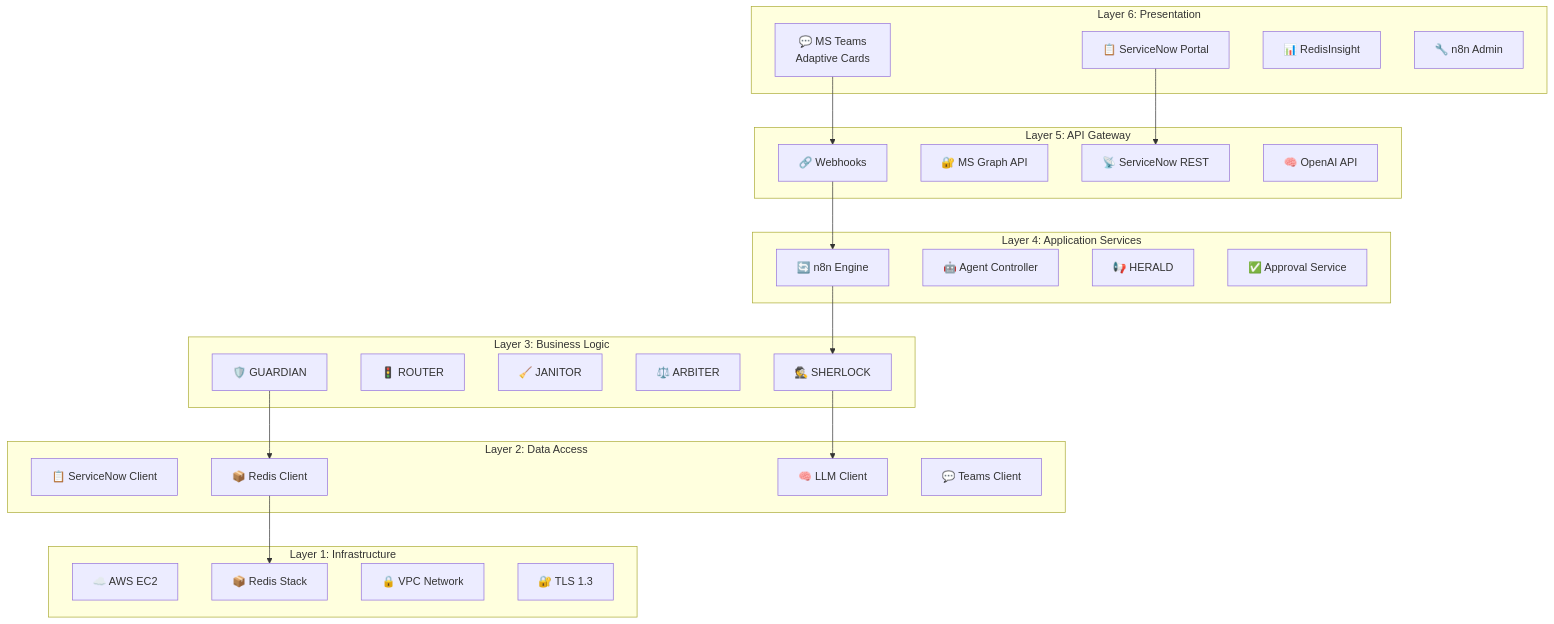
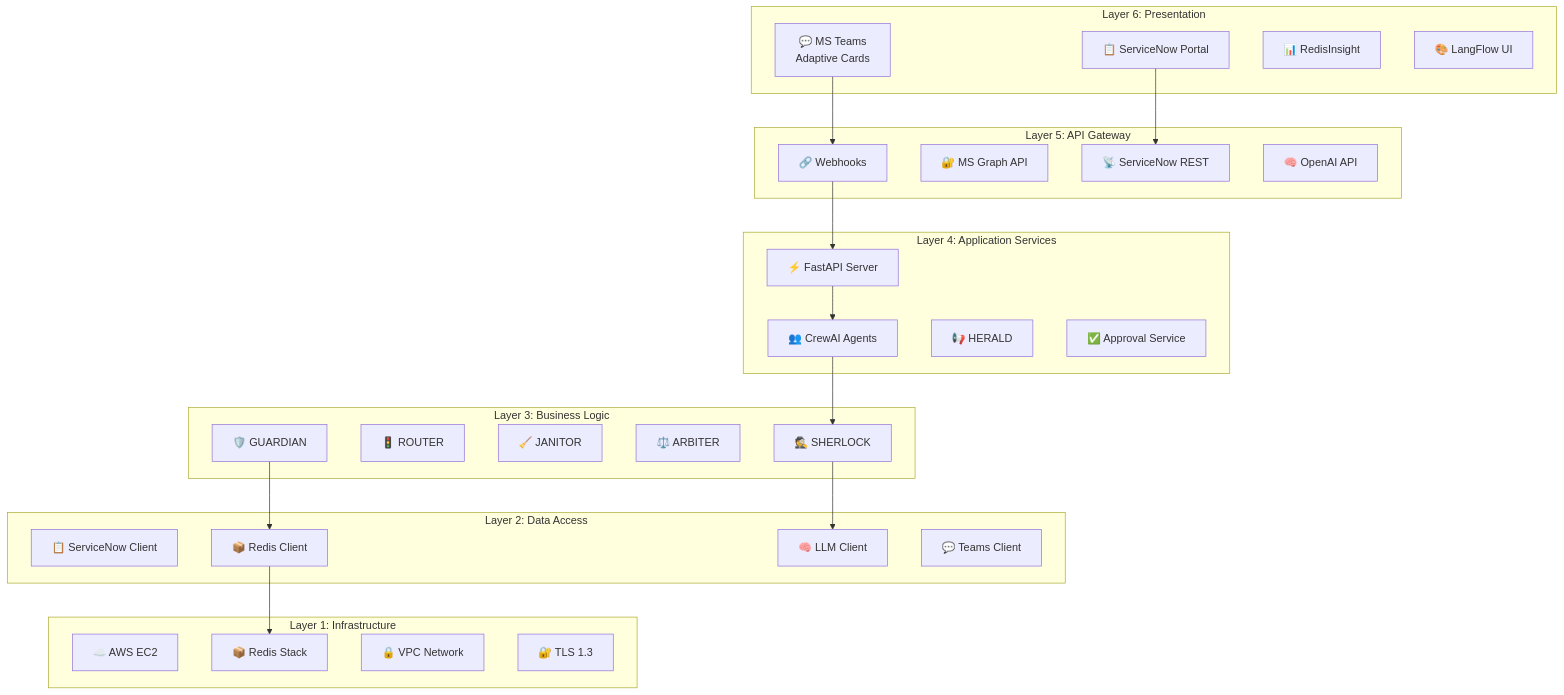
One commit to maniltns/AEGIS changed the second of 5 diagrams in docs/architecture.md. Above: the diagram before and after it, drawn with Mermaid. The commit also changed other lines of this file and 14 other files, not shown here.

Commit message:
docs: Add comprehensive documentation for AEGIS architecture, demo, setup, and executive insights, and update contributing guidelines for the Python/CrewAI agent stack.

````diff
--- a/docs/architecture.md
+++ b/docs/architecture.md
@@ -37,53 +40,54 @@
 ```mermaid
 graph TB
     subgraph "Layer 6: Presentation"
         UI_TEAMS["💬 MS Teams<br/>Adaptive Cards"]
         UI_SNOW["📋 ServiceNow Portal"]
         UI_INSIGHT["📊 RedisInsight"]
-        UI_N8N["🔧 n8n Admin"]
+        UI_LF["🎨 LangFlow UI"]
     end
 
     subgraph "Layer 5: API Gateway"
         API_WEBHOOK["🔗 Webhooks"]
         API_GRAPH["🔐 MS Graph API"]
         API_SNOW["📡 ServiceNow REST"]
         API_OPENAI["🧠 OpenAI API"]
     end
 
     subgraph "Layer 4: Application Services"
-        SVC_N8N["🔄 n8n Engine"]
-        SVC_AGENT["🤖 Agent Controller"]
+        SVC_API["⚡ FastAPI Server"]
+        SVC_AGENT["👥 CrewAI Agents"]
         SVC_NOTIFY["📢 HERALD"]
         SVC_APPROVE["✅ Approval Service"]
     end
 
     subgraph "Layer 3: Business Logic"
         BIZ_TRIAGE["🕵️ SHERLOCK"]
         BIZ_ROUTE["🚦 ROUTER"]
         BIZ_REMED["🧹 JANITOR"]
         BIZ_GOV["⚖️ ARBITER"]
         BIZ_STORM["🛡️ GUARDIAN"]
     end
 
     subgraph "Layer 2: Data Access"
         DAL_SNOW["📋 ServiceNow Client"]
         DAL_REDIS["📦 Redis Client"]
         DAL_LLM["🧠 LLM Client"]
         DAL_TEAMS["💬 Teams Client"]
     end
 
     subgraph "Layer 1: Infrastructure"
         INFRA_AWS["☁️ AWS EC2"]
         INFRA_REDIS["📦 Redis Stack"]
         INFRA_NET["🔒 VPC Network"]
         INFRA_SSL["🔐 TLS 1.3"]
     end
 
     UI_TEAMS --> API_WEBHOOK
     UI_SNOW --> API_SNOW
-    API_WEBHOOK --> SVC_N8N
-    SVC_N8N --> BIZ_TRIAGE
+    API_WEBHOOK --> SVC_API
+    SVC_API --> SVC_AGENT
+    SVC_AGENT --> BIZ_TRIAGE
     BIZ_TRIAGE --> DAL_LLM
     BIZ_STORM --> DAL_REDIS
     DAL_REDIS --> INFRA_REDIS
 ```
````
